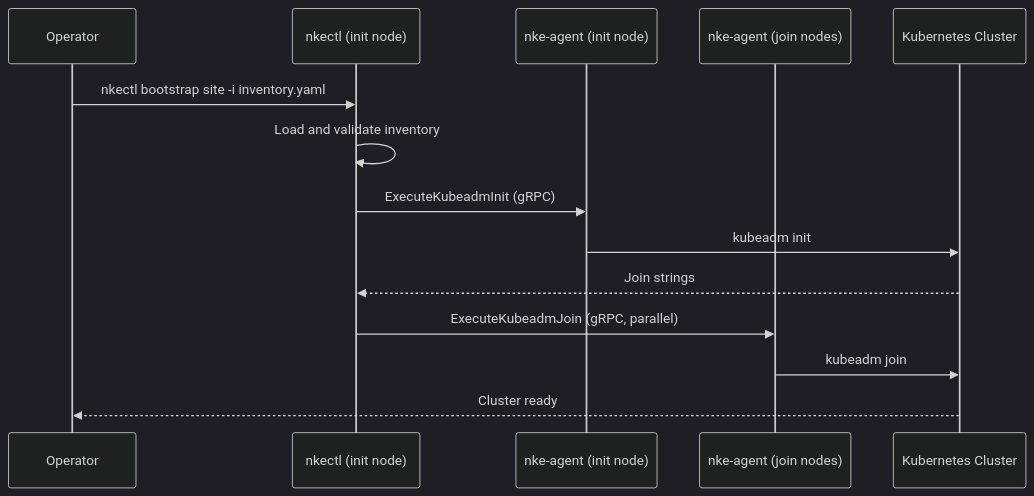
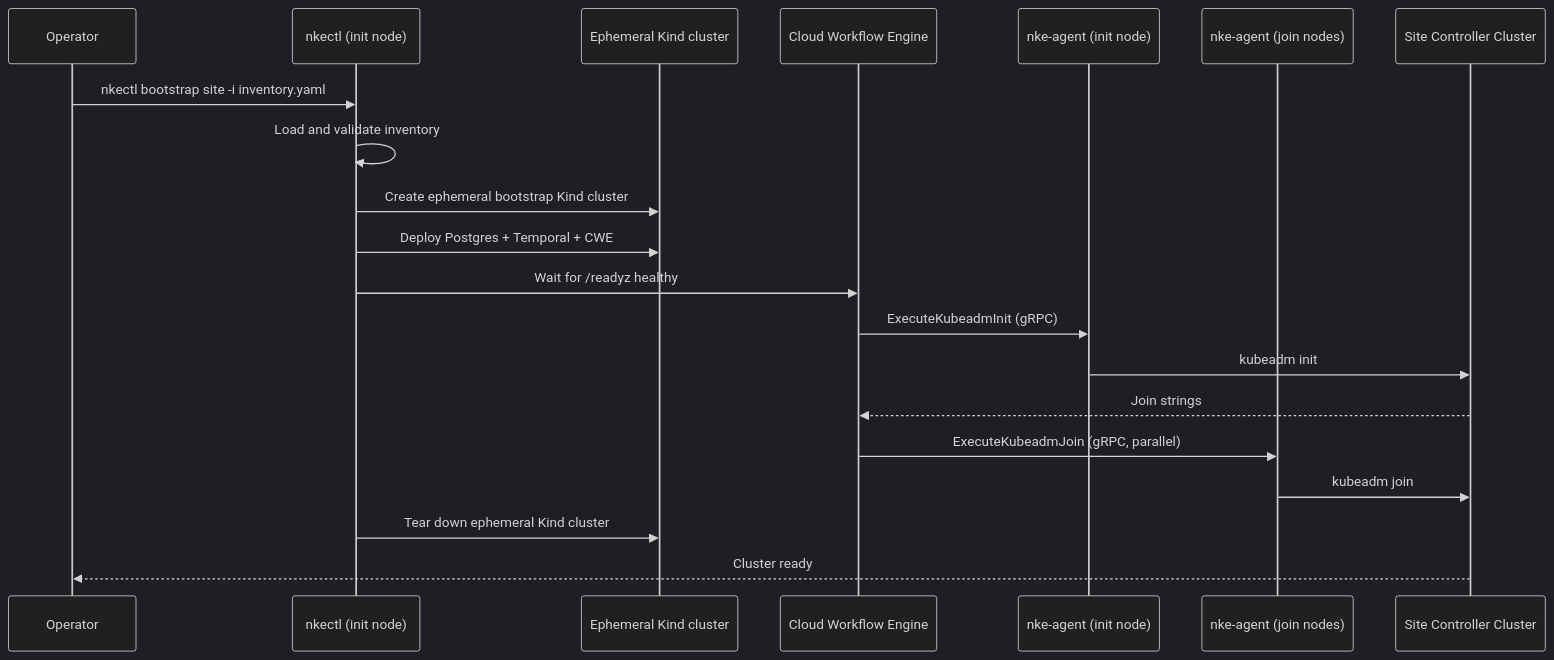
One commit to dsx-ai-factory/nvke changed the diagram in docs/tier0-bootstrap/overview.md. Above: the diagram before and after it, drawn with Mermaid (dark theme). The commit also changed other lines of this file and 4 other files, not shown here.

````diff
--- a/docs/tier0-bootstrap/overview.md
+++ b/docs/tier0-bootstrap/overview.md
@@ -19,17 +21,23 @@
 ```mermaid
 sequenceDiagram
     participant Op as Operator
     participant Ctl as nkectl (init node)
+    participant Kind as Ephemeral Kind cluster
+    participant CWE as Cloud Workflow Engine
     participant Init as nke-agent (init node)
     participant Join as nke-agent (join nodes)
-    participant K8s as Kubernetes Cluster
+    participant K8s as Site Controller Cluster
 
     Op->>Ctl: nkectl bootstrap site -i inventory.yaml
     Ctl->>Ctl: Load and validate inventory
-    Ctl->>Init: ExecuteKubeadmInit (gRPC)
+    Ctl->>Kind: Create ephemeral bootstrap Kind cluster
+    Ctl->>Kind: Deploy Postgres + Temporal + CWE
+    Ctl->>CWE: Wait for /readyz healthy
+    CWE->>Init: ExecuteKubeadmInit (gRPC)
     Init->>K8s: kubeadm init
-    K8s-->>Ctl: Join strings
-    Ctl->>Join: ExecuteKubeadmJoin (gRPC, parallel)
+    K8s-->>CWE: Join strings
+    CWE->>Join: ExecuteKubeadmJoin (gRPC, parallel)
     Join->>K8s: kubeadm join
+    Ctl->>Kind: Tear down ephemeral Kind cluster
     K8s-->>Op: Cluster ready
 ```
````
